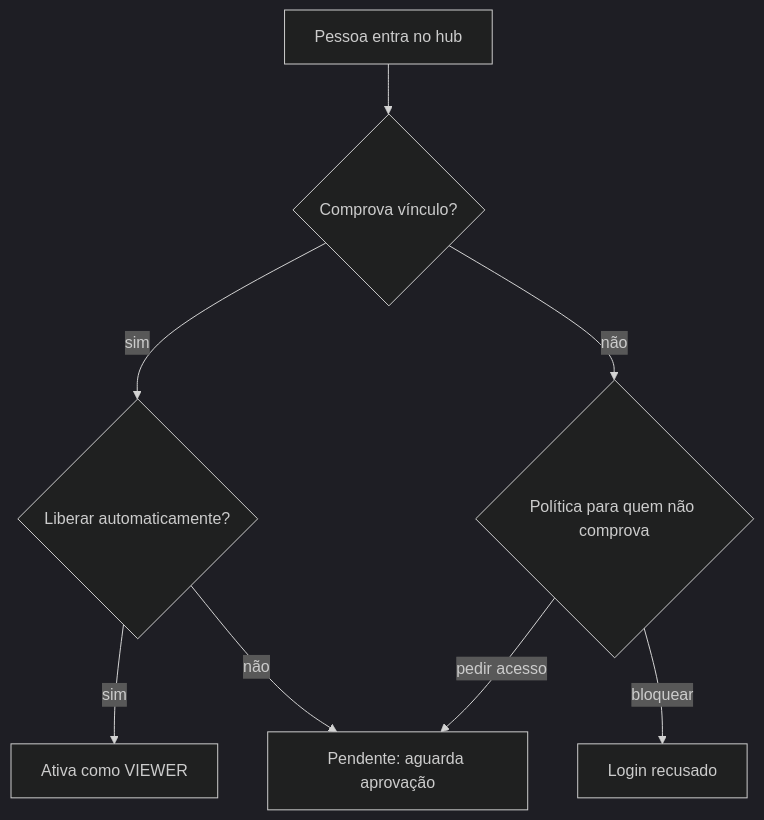
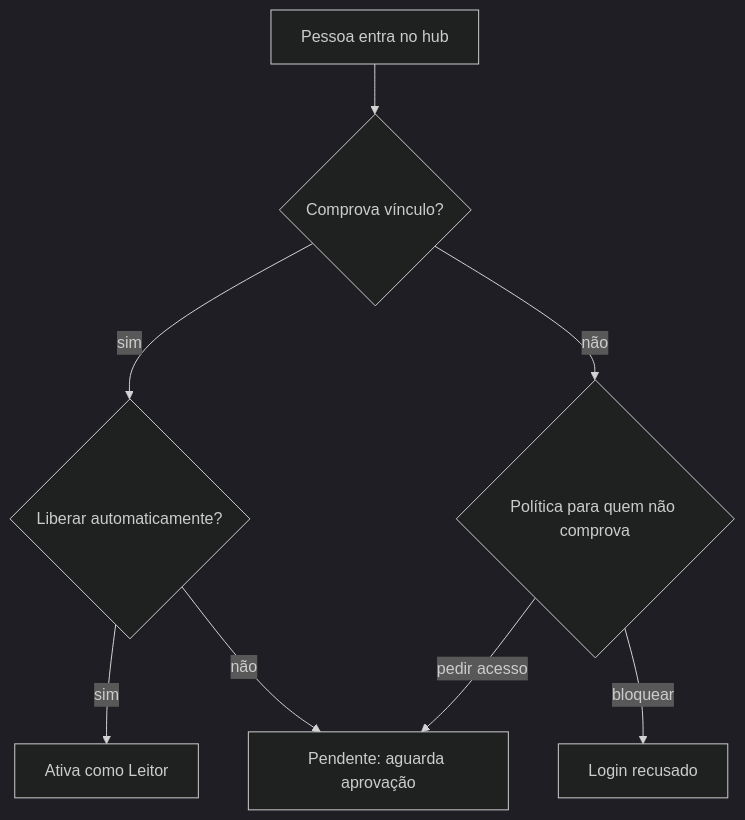
Before and after one commit to wendersonbelko/rizoma: the diagram in docs/receitas/acesso-automatico-pela-organizacao.md, drawn with Mermaid (dark theme). The commit also changed other lines of this file and 66 other files, not shown here.

````diff
--- a/docs/receitas/acesso-automatico-pela-organizacao.md
+++ b/docs/receitas/acesso-automatico-pela-organizacao.md
@@ -20,10 +20,10 @@
 ```mermaid
 flowchart TD
   A["Pessoa entra no hub"] --> B{"Comprova vínculo?"}
   B -- "sim" --> C{"Liberar automaticamente?"}
-  C -- "sim" --> D["Ativa como VIEWER"]
+  C -- "sim" --> D["Ativa como Leitor"]
   C -- "não" --> E["Pendente: aguarda aprovação"]
   B -- "não" --> F{"Política para quem não comprova"}
   F -- "pedir acesso" --> E
   F -- "bloquear" --> G["Login recusado"]
 ```
````
